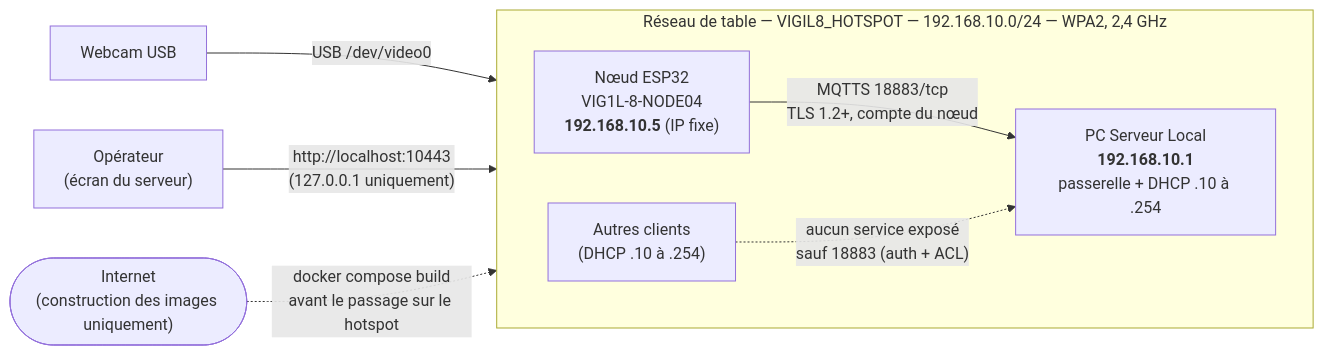
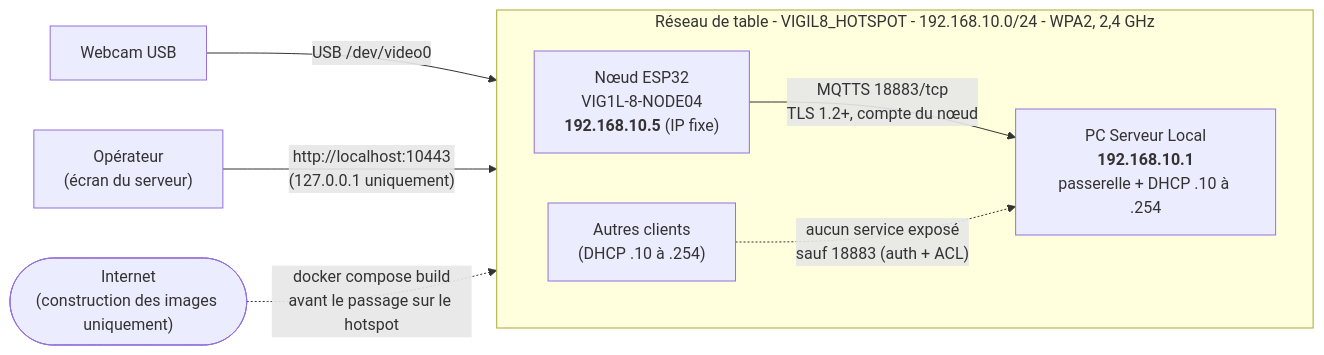
The diagram in docs/gen/diagrammes/reseau.mmd (ESPI-Workshop-Vig1l-8/infra), drawn with Mermaid before and after one commit. The commit also changed 9 other files, not shown here.

```diff
--- a/docs/gen/diagrammes/reseau.mmd
+++ b/docs/gen/diagrammes/reseau.mmd
@@ -1,16 +1,16 @@
 flowchart LR
-  subgraph table["Réseau de table — VIGIL8_HOTSPOT — 192.168.10.0/24 — WPA2, 2,4 GHz"]
+  subgraph table["Réseau de table - VIGIL8_HOTSPOT - 192.168.10.0/24 - WPA2, 2,4 GHz"]
     direction LR
     esp["Nœud ESP32<br/>VIG1L-8-NODE04<br/><b>192.168.10.5</b> (IP fixe)"]
     srv["PC Serveur Local<br/><b>192.168.10.1</b><br/>passerelle + DHCP .10 à .254"]
     autres["Autres clients<br/>(DHCP .10 à .254)"]
   end
   cam["Webcam USB"]
   op["Opérateur<br/>(écran du serveur)"]
   net(["Internet<br/>(construction des images uniquement)"])
 
   esp -- "MQTTS 18883/tcp<br/>TLS 1.2+, compte du nœud" --> srv
   autres -. "aucun service exposé<br/>sauf 18883 (auth + ACL)" .-> srv
   cam -- "USB /dev/video0" --> srv
   op -- "http://localhost:10443<br/>(127.0.0.1 uniquement)" --> srv
   net -. "docker compose build<br/>avant le passage sur le hotspot" .-> srv
```
